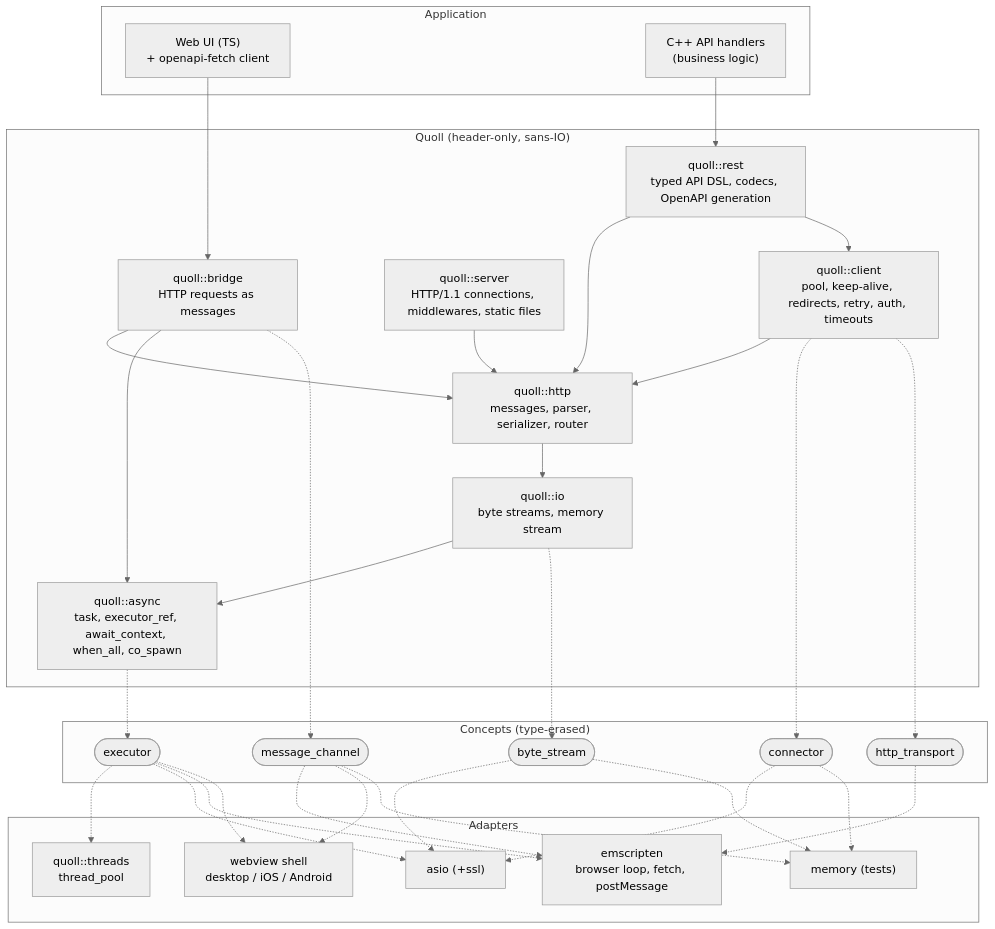
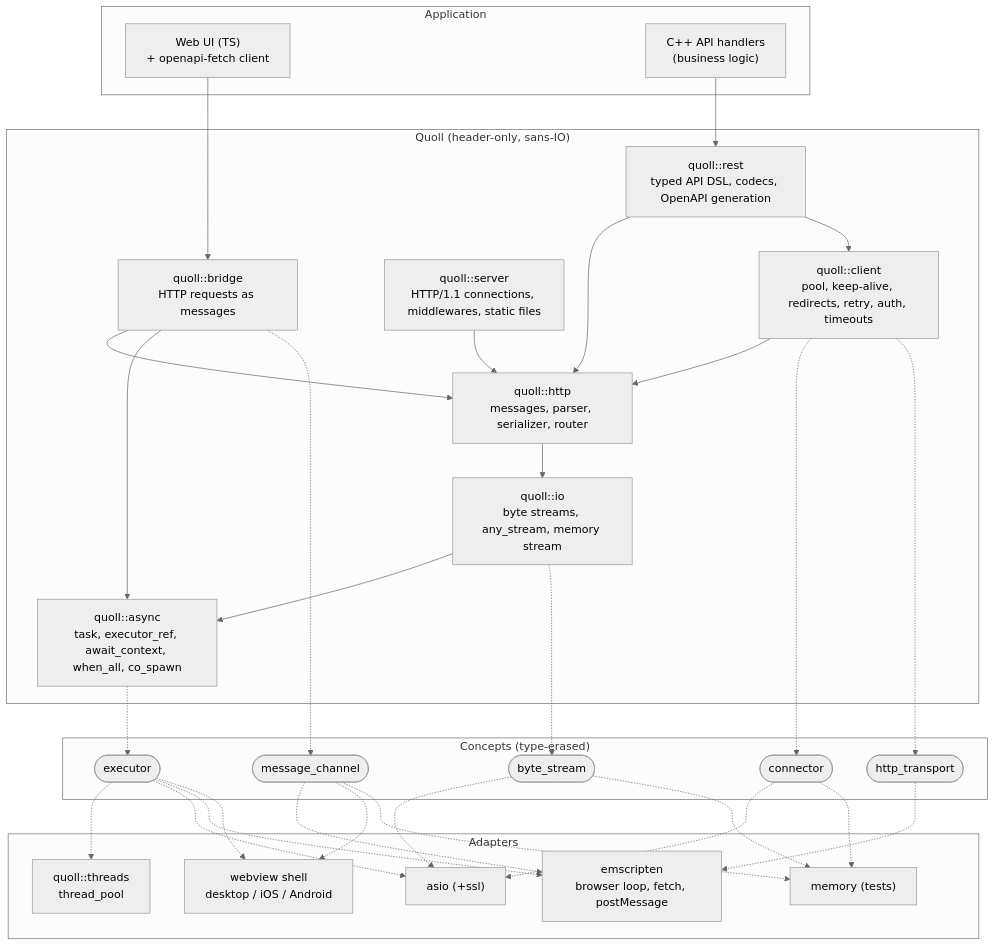
Before and after one commit to 4thlabs/quoll: the first of 9 diagrams in docs/PLAN.md, drawn with Mermaid (neutral theme). The commit also changed 7 other files, not shown here.

First line of the commit message:
io: any_stream, an owning type-erased ByteStream

````diff
--- a/docs/PLAN.md
+++ b/docs/PLAN.md
@@ -47,56 +47,56 @@
 ```mermaid
 flowchart TB
   subgraph app["Application"]
     ui["Web UI (TS)<br/>+ openapi-fetch client"]
     handlers["C++ API handlers<br/>(business logic)"]
   end
 
   subgraph quoll["Quoll (header-only, sans-IO)"]
     rest["quoll::rest<br/>typed API DSL, codecs, OpenAPI generation"]
     bridge["quoll::bridge<br/>HTTP requests as messages"]
     server["quoll::server<br/>HTTP/1.1 connections, middlewares, static files"]
     client["quoll::client<br/>pool, keep-alive, redirects, retry, auth, timeouts"]
     http["quoll::http<br/>messages, parser, serializer, router"]
-    io["quoll::io<br/>byte streams, memory stream"]
+    io["quoll::io<br/>byte streams, any_stream, memory stream"]
     async["quoll::async<br/>task, executor_ref, await_context, when_all, co_spawn"]
   end
 
   subgraph concepts["Concepts (type-erased)"]
     executor(["executor"])
     stream(["byte_stream"])
     connector(["connector"])
     transport(["http_transport"])
     channel(["message_channel"])
   end
 
   subgraph adapters["Adapters"]
     pool["quoll::threads<br/>thread_pool"]
     asio["asio (+ssl)"]
     emscripten["emscripten<br/>browser loop, fetch, postMessage"]
     shell["webview shell<br/>desktop / iOS / Android"]
     memory["memory (tests)"]
   end
 
   ui --> bridge
   handlers --> rest
   rest --> http
   rest --> client
   bridge --> http
   server --> http
   client --> http
   http --> io
   io --> async
   bridge --> async
 
   io -.-> stream
   client -.-> connector
   client -.-> transport
   bridge -.-> channel
   async -.-> executor
 
   executor -.-> pool & asio & emscripten & shell
   stream -.-> asio & memory
   connector -.-> asio & memory
   transport -.-> emscripten
   channel -.-> emscripten & shell & memory
 ```
````
